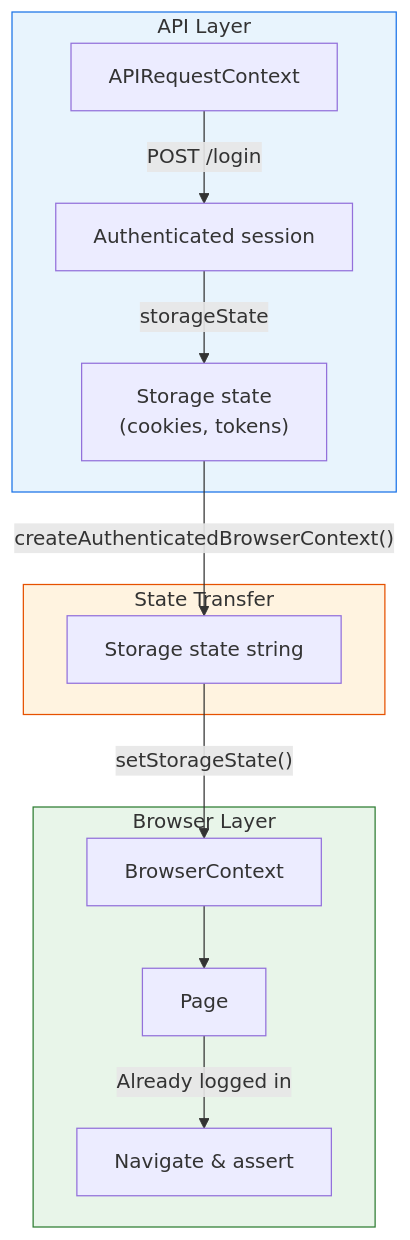
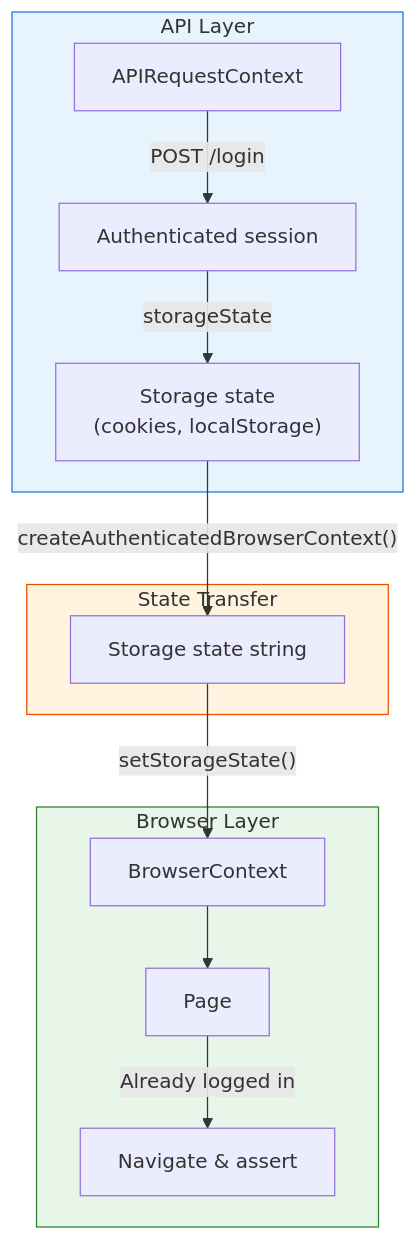
One commit to oscarvarto/playwright-practice changed the third of 4 diagrams in docs/api-testing.md. Above: the diagram before and after it, drawn with Mermaid. The commit also changed other lines of this file and 2 other files, not shown here.

````diff
--- a/docs/api-testing.md
+++ b/docs/api-testing.md
@@ -165,21 +175,21 @@
 ```mermaid
 flowchart TD
     subgraph API["API Layer"]
         A[APIRequestContext] -->|POST /login| B[Authenticated session]
-        B -->|storageState| C["Storage state<br/>(cookies, tokens)"]
+        B -->|storageState| C["Storage state<br/>(cookies, localStorage)"]
     end
 
     subgraph Bridge["State Transfer"]
         C -->|"createAuthenticatedBrowserContext()"| D[Storage state string]
     end
 
     subgraph UI["Browser Layer"]
         D -->|"setStorageState()"| E[BrowserContext]
         E --> F[Page]
         F -->|"Already logged in"| G["Navigate & assert"]
     end
 
     style API fill:#e8f4fd,stroke:#1a73e8
     style Bridge fill:#fff3e0,stroke:#e65100
     style UI fill:#e8f5e9,stroke:#2e7d32
 ```
````
